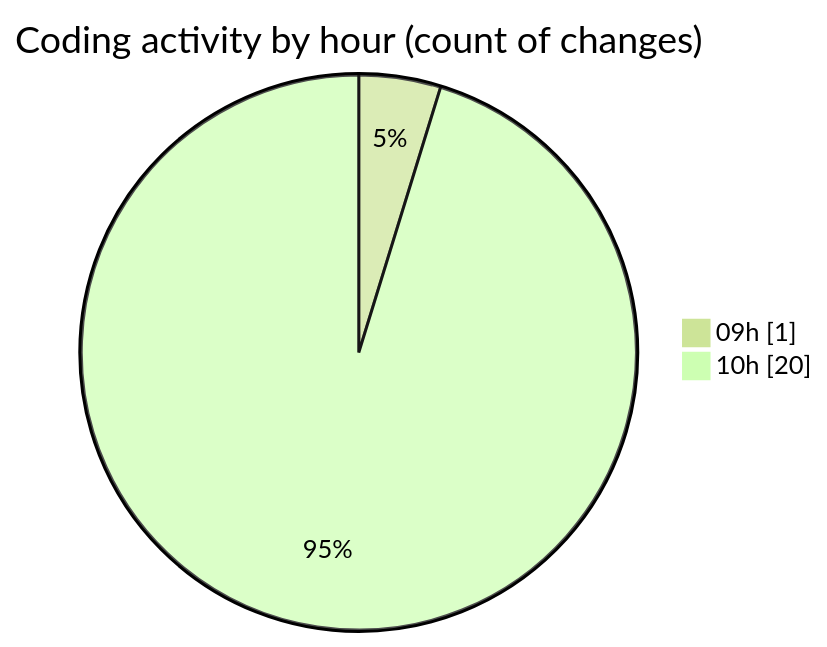
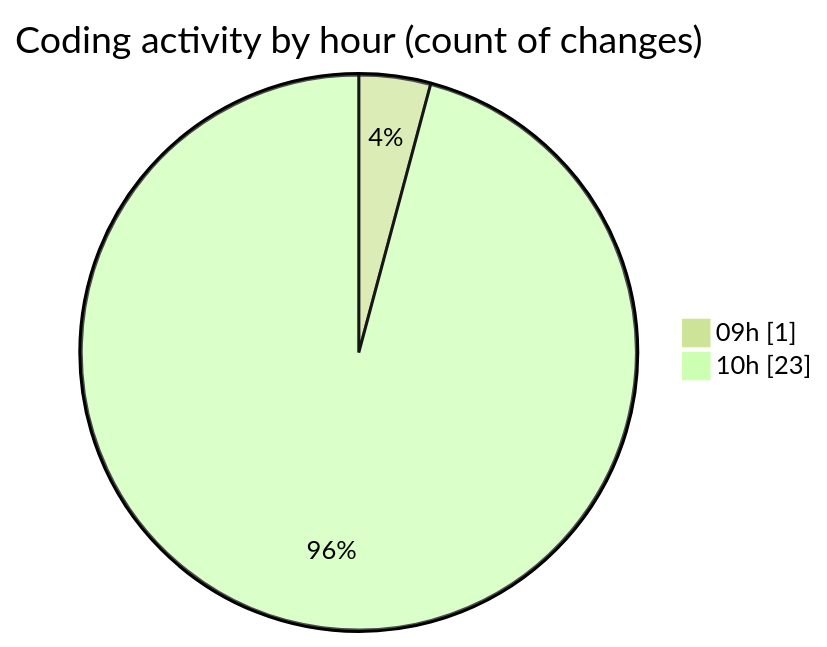
Before and after one commit to julien-gomy/code-tracking: the second of 2 diagrams in 2025-11-17/eventscop-frontend-guide__workspace_/README.md, drawn with Mermaid (forest theme). The commit also changed other lines of this file and 1 other file, not shown here.

````diff
--- a/2025-11-17/eventscop-frontend-guide__workspace_/README.md
+++ b/2025-11-17/eventscop-frontend-guide__workspace_/README.md
@@ -37,6 +38,6 @@
 ```mermaid
 pie showData
 title Coding activity by hour (count of changes)
 "09h" : 1
-"10h" : 20
+"10h" : 23
 ```
````
